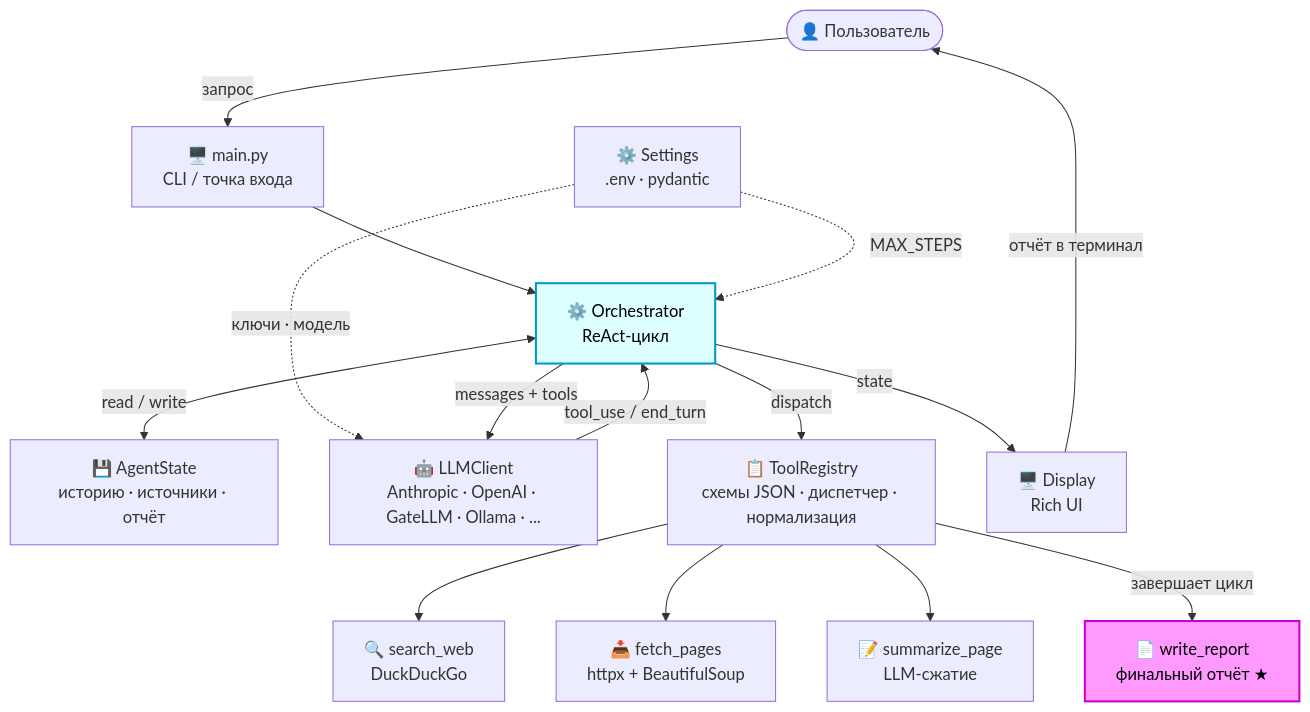
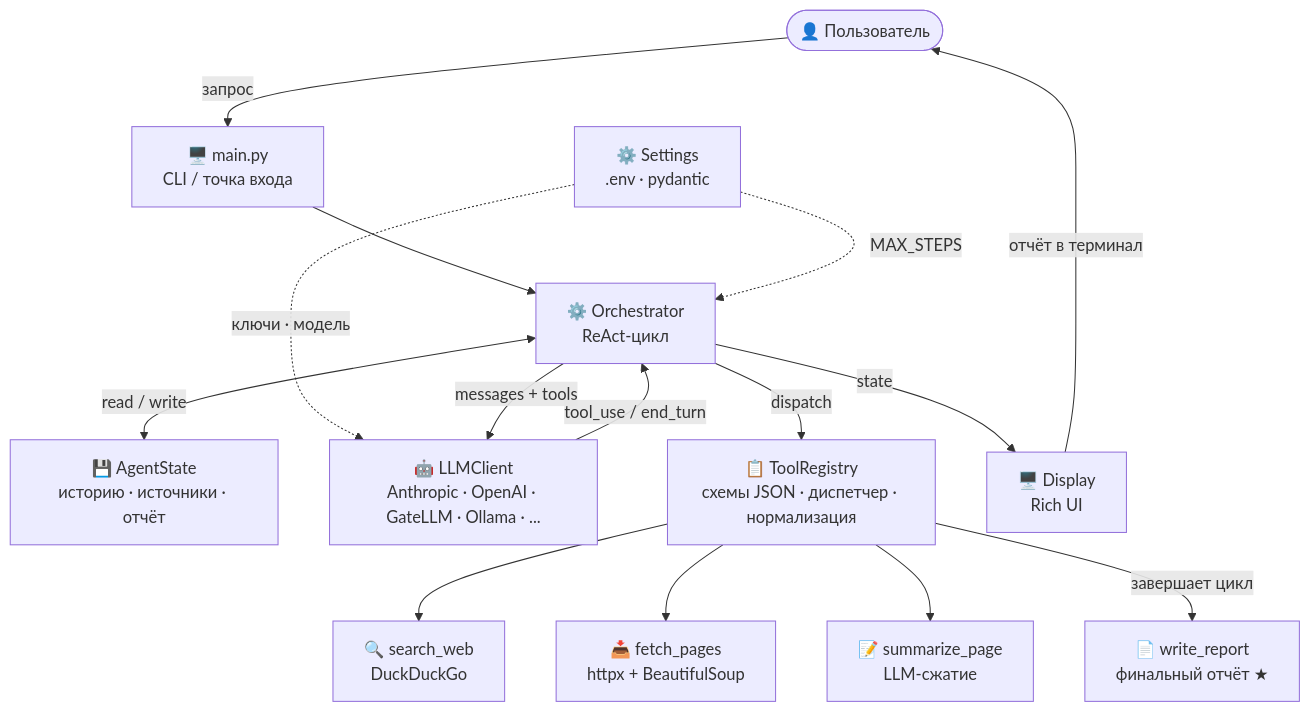
The diagram in docs/README.md (ivanshamaev/research-agent), drawn with Mermaid before and after one commit. The commit also changed 5 other files, not shown here.

First line of the commit message:
docs: remove inline style directives from all mermaid diagrams

````diff
--- a/docs/README.md
+++ b/docs/README.md
@@ -15,36 +15,34 @@
 ```mermaid
 graph TD
     User(["👤 Пользователь"])
     CLI["🖥️ main.py\nCLI / точка входа"]
     Orch["⚙️ Orchestrator\nReAct-цикл"]
     State["💾 AgentState\nисторию · источники · отчёт"]
     LLM["🤖 LLMClient\nAnthropic · OpenAI · GateLLM · Ollama · ..."]
     Registry["📋 ToolRegistry\nсхемы JSON · диспетчер · нормализация"]
     Search["🔍 search_web\nDuckDuckGo"]
     Fetch["📥 fetch_pages\nhttpx + BeautifulSoup"]
     Summarize["📝 summarize_page\nLLM-сжатие"]
     Report["📄 write_report\nфинальный отчёт ★"]
     Config["⚙️ Settings\n.env · pydantic"]
     Display["🖥️ Display\nRich UI"]
 
     User -->|запрос| CLI
     CLI --> Orch
     Config -.->|ключи · модель| LLM
     Config -.->|MAX_STEPS| Orch
 
     Orch <-->|read / write| State
     Orch -->|messages + tools| LLM
     LLM -->|tool_use / end_turn| Orch
     Orch -->|dispatch| Registry
 
     Registry --> Search
     Registry --> Fetch
     Registry --> Summarize
     Registry -->|завершает цикл| Report
 
     Orch -->|state| Display
     Display -->|отчёт в терминал| User
 
-    style Report fill:#f9f,stroke:#c0c,stroke-width:2px,color:#000
-    style Orch fill:#dff,stroke:#09c,stroke-width:2px,color:#000
 ```
````
